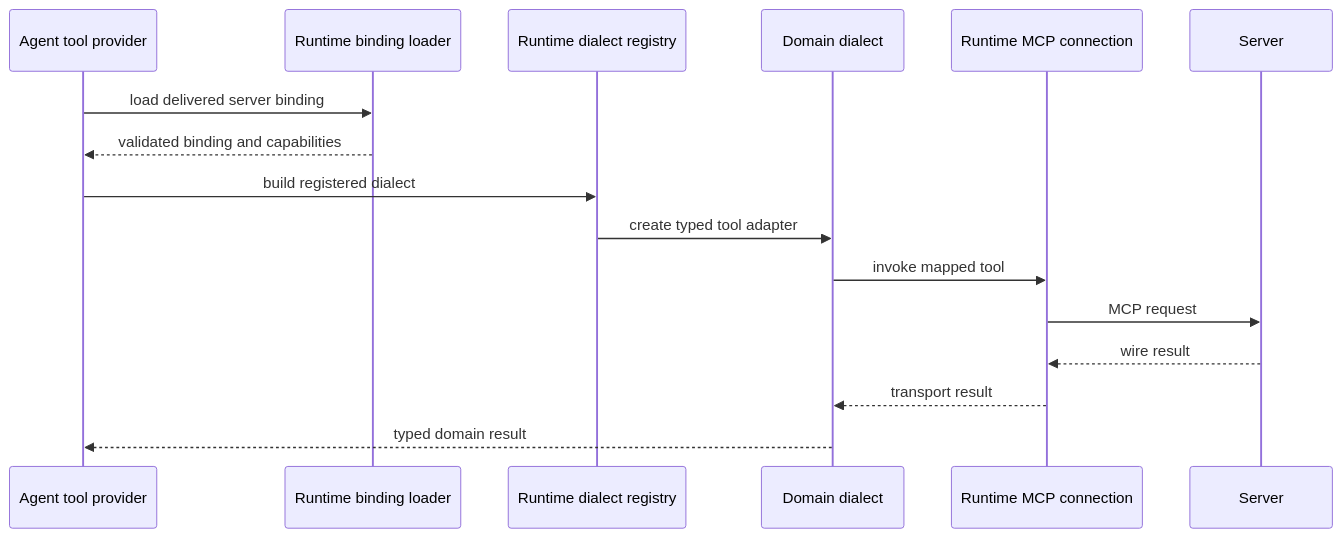
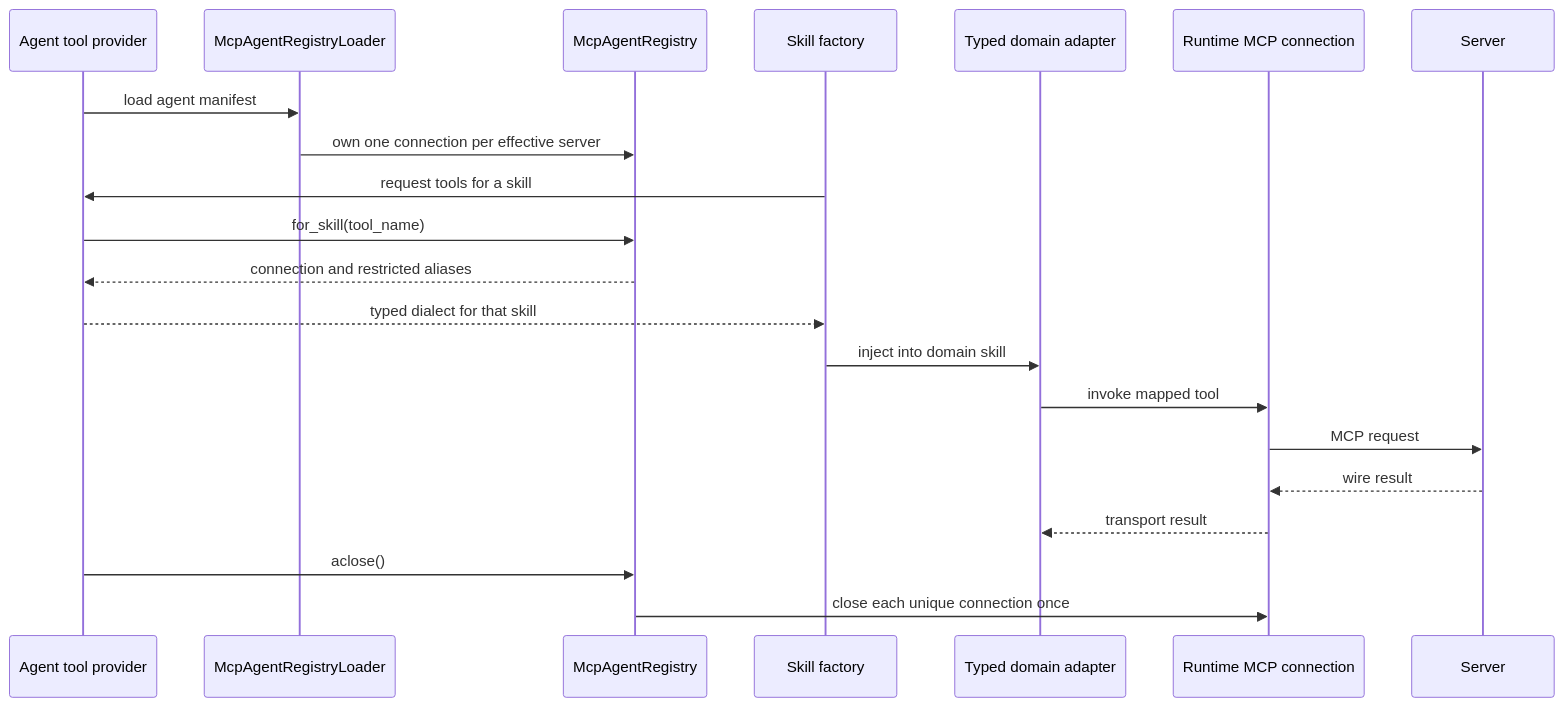
One commit to ygo74/ai_agents changed the second of 2 diagrams in doc/contributors/mcp-clients.md. Above: the diagram before and after it, drawn with Mermaid. The commit also changed other lines of this file and 110 other files, not shown here.

````diff
--- a/doc/contributors/mcp-clients.md
+++ b/doc/contributors/mcp-clients.md
@@ -30,18 +37,23 @@
 ```mermaid
 sequenceDiagram
     participant Provider as Agent tool provider
-    participant Loader as Runtime binding loader
-    participant Registry as Runtime dialect registry
-    participant Dialect as Domain dialect
+    participant Loader as McpAgentRegistryLoader
+    participant Registry as McpAgentRegistry
+    participant Factory as Skill factory
+    participant Dialect as Typed domain adapter
     participant Connection as Runtime MCP connection
     participant Server
-    Provider->>Loader: load delivered server binding
-    Loader-->>Provider: validated binding and capabilities
-    Provider->>Registry: build registered dialect
-    Registry->>Dialect: create typed tool adapter
+    Provider->>Loader: load agent manifest
+    Loader->>Registry: own one connection per effective server
+    Factory->>Provider: request tools for a skill
+    Provider->>Registry: for_skill(tool_name)
+    Registry-->>Provider: connection and restricted aliases
+    Provider-->>Factory: typed dialect for that skill
+    Factory->>Dialect: inject into domain skill
     Dialect->>Connection: invoke mapped tool
     Connection->>Server: MCP request
     Server-->>Connection: wire result
     Connection-->>Dialect: transport result
-    Dialect-->>Provider: typed domain result
+    Provider->>Registry: aclose()
+    Registry->>Connection: close each unique connection once
 ```
````
